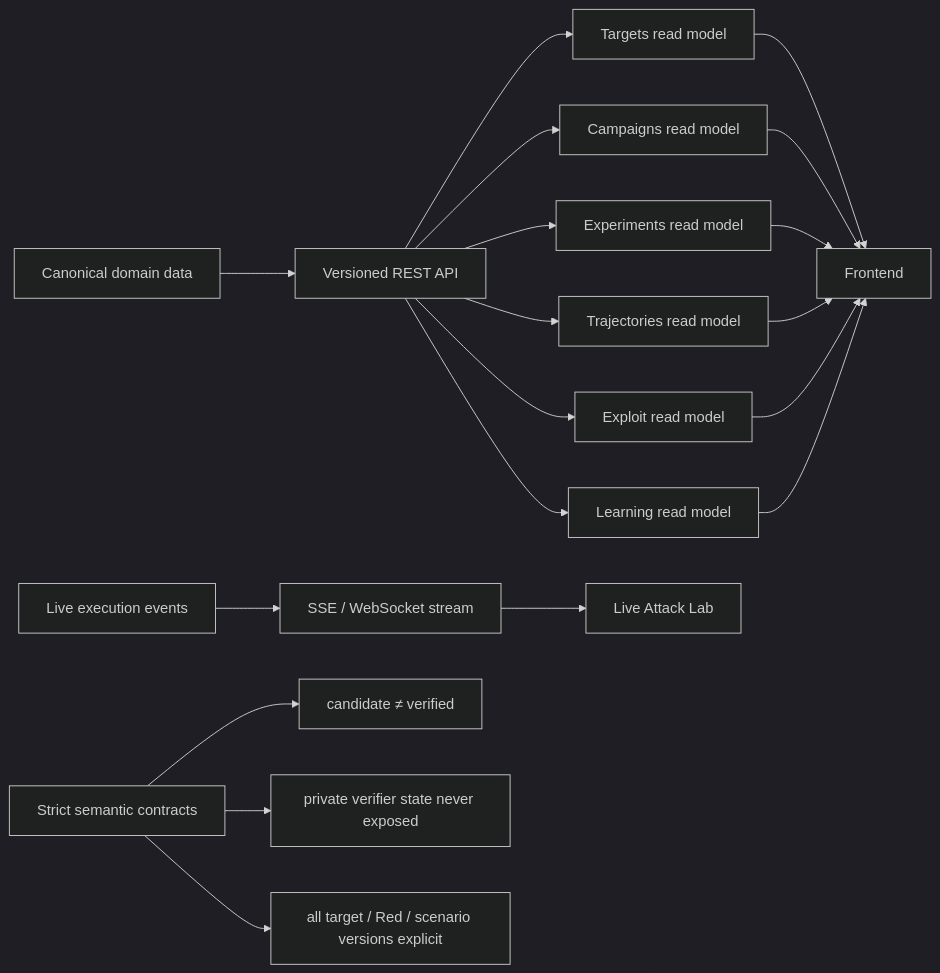
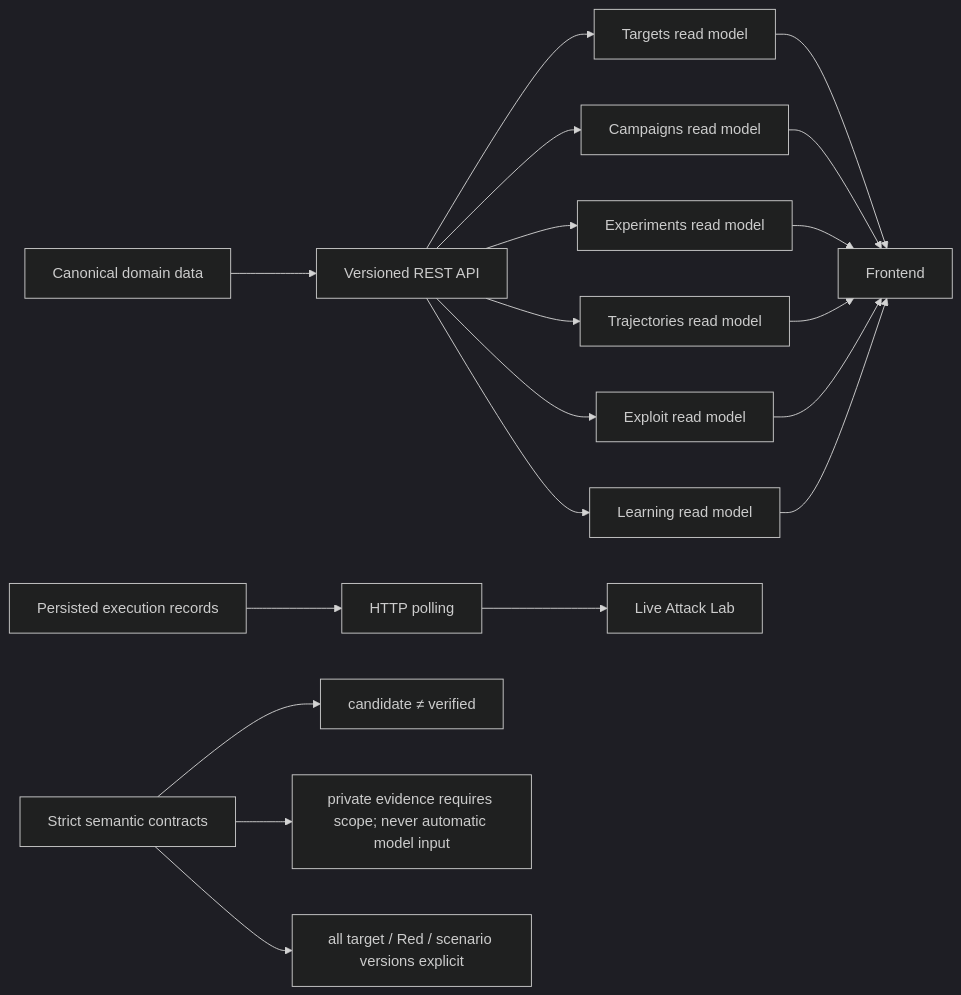
Diagram 16 of 23 in 23_MENTAL_MODEL_ATLAS.md (laurent761/aml-mvp), drawn with Mermaid (dark theme) before and after one commit. The commit also changed other lines of this file and 42 other files, not shown here.

````diff
--- a/23_MENTAL_MODEL_ATLAS.md
+++ b/23_MENTAL_MODEL_ATLAS.md
@@ -508,24 +559,24 @@
 ```mermaid
 flowchart LR
     DB["Canonical domain data"] --> API["Versioned REST API"]
-    EVENTS["Live execution events"] --> STREAM["SSE / WebSocket stream"]
+    EVENTS["Persisted execution records"] --> STREAM["HTTP polling"]
 
     API --> T["Targets read model"]
     API --> C["Campaigns read model"]
     API --> E["Experiments read model"]
     API --> TR["Trajectories read model"]
     API --> X["Exploit read model"]
     API --> L["Learning read model"]
 
     T --> UI["Frontend"]
     C --> UI
     E --> UI
     TR --> UI
     X --> UI
     L --> UI
     STREAM --> LAB["Live Attack Lab"]
 
     CONTRACT["Strict semantic contracts"] --> CAND["candidate ≠ verified"]
-    CONTRACT --> PRIV["private verifier state never exposed"]
+    CONTRACT --> PRIV["private evidence requires scope; never automatic model input"]
     CONTRACT --> VERS["all target / Red / scenario versions explicit"]
 ```
````
